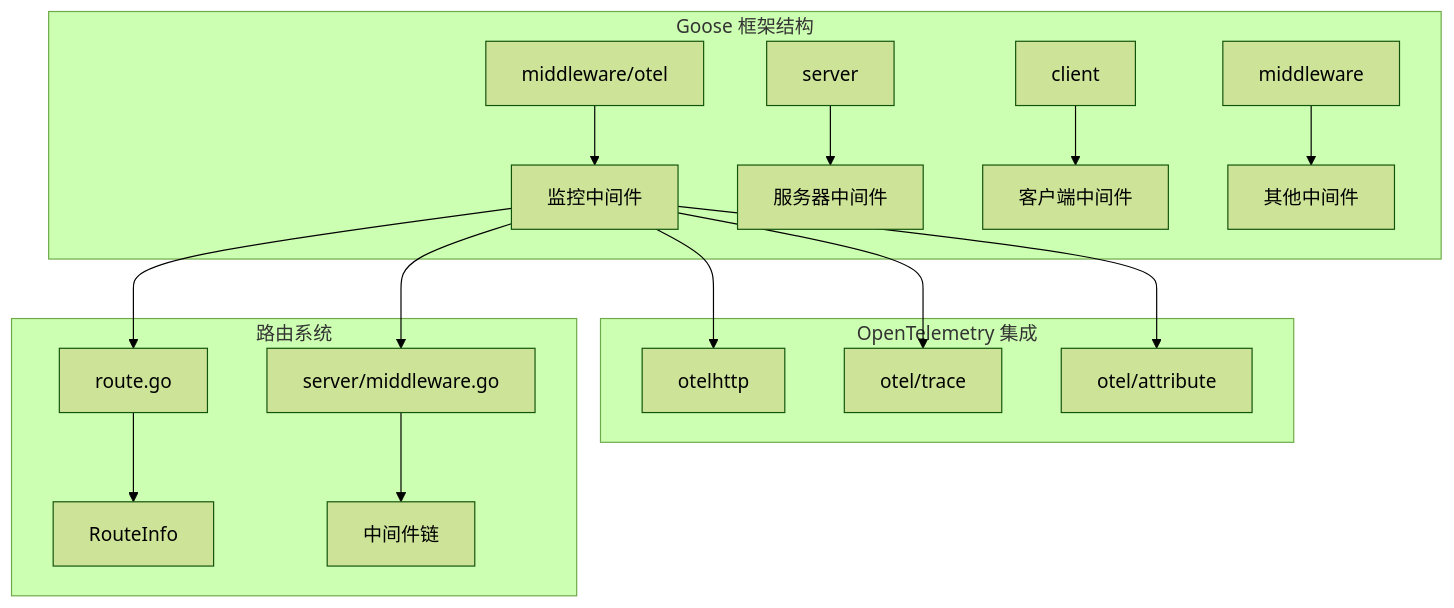
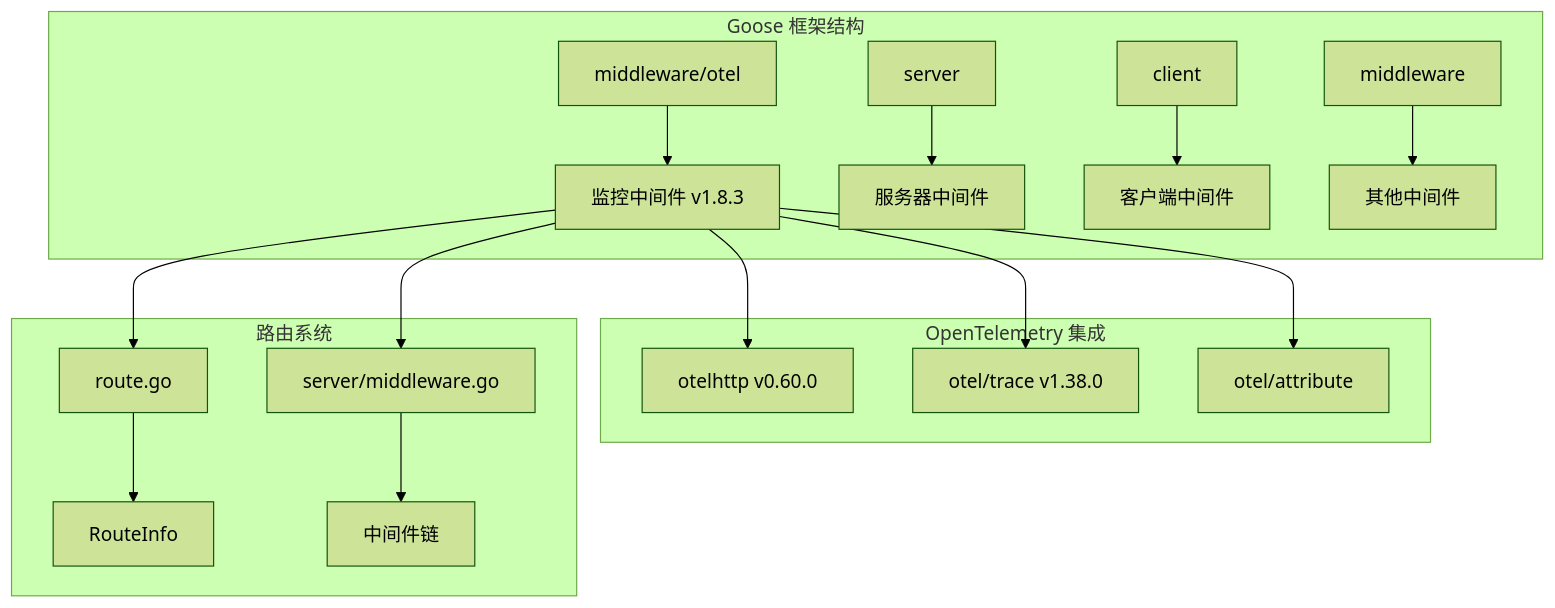
One commit to soyacen/goose changed the first of 9 diagrams in .agents/repowiki/zh/content/高级中间件/监控与遥测中间件.md. Above: the diagram before and after it, drawn with Mermaid (forest theme). The commit also changed other lines of this file and 51 other files, not shown here.

````diff
--- a/.agents/repowiki/zh/content/高级中间件/监控与遥测中间件.md
+++ b/.agents/repowiki/zh/content/高级中间件/监控与遥测中间件.md
@@ -38,20 +47,20 @@
 ```mermaid
 graph TB
 subgraph "Goose 框架结构"
-A[middleware/otel] --> B[监控中间件]
+A[middleware/otel] --> B[监控中间件 v1.8.3]
 C[server] --> D[服务器中间件]
 E[client] --> F[客户端中间件]
 G[middleware] --> H[其他中间件]
 end
 subgraph "OpenTelemetry 集成"
-B --> I[otelhttp]
-B --> J[otel/trace]
+B --> I[otelhttp v0.60.0]
+B --> J[otel/trace v1.38.0]
 B --> K[otel/attribute]
 end
 subgraph "路由系统"
 L[route.go] --> M[RouteInfo]
 N[server/middleware.go] --> O[中间件链]
 end
 B --> L
 B --> N
 ```
````
